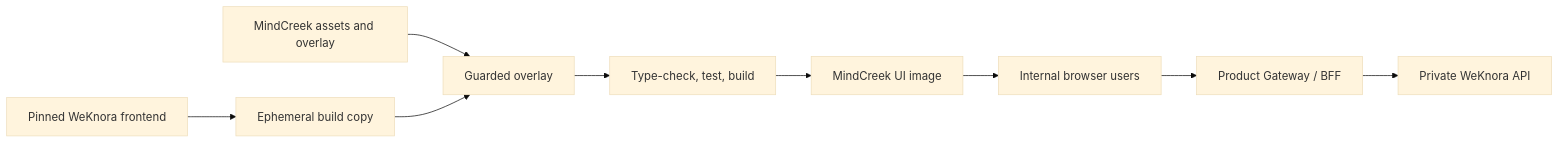
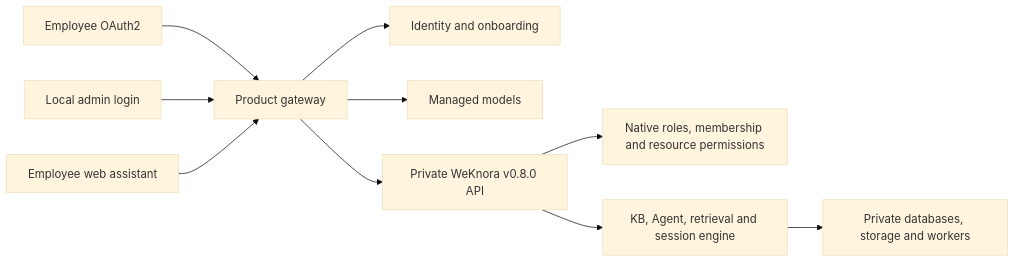
The diagram in docs/OVERALL_DESIGN.md (gawaineLee77/MyKB), drawn with Mermaid (base theme) before and after one commit. The commit also changed other lines of this file and 516 other files, not shown here.

````diff
--- a/docs/OVERALL_DESIGN.md
+++ b/docs/OVERALL_DESIGN.md
@@ -1007,11 +99,12 @@
 ```mermaid
 flowchart LR
-    TAG[Pinned WeKnora frontend] --> COPY[Ephemeral build copy]
-    BRAND[MindCreek assets and overlay] --> APPLY[Guarded overlay]
-    COPY --> APPLY
-    APPLY --> TEST[Type-check, test, build]
-    TEST --> IMAGE[MindCreek UI image]
-    IMAGE --> BROWSER[Internal browser users]
-    BROWSER --> GATEWAY[Product Gateway / BFF]
-    GATEWAY --> WK[Private WeKnora API]
+    E[Employee OAuth2] --> G[Product gateway]
+    A[Local admin login] --> G
+    W[Employee web assistant] --> G
+    G --> I[Identity and onboarding]
+    G --> M[Managed models]
+    G --> U[Private WeKnora v0.8.0 API]
+    U --> R[Native roles, membership and resource permissions]
+    U --> K[KB, Agent, retrieval and session engine]
+    K --> D[Private databases, storage and workers]
 ```
````
